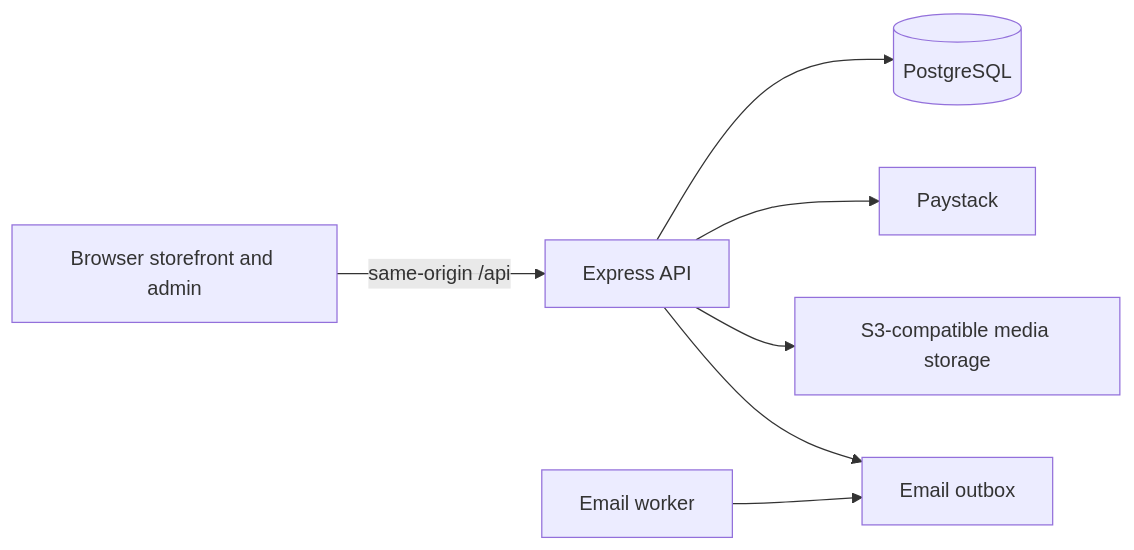
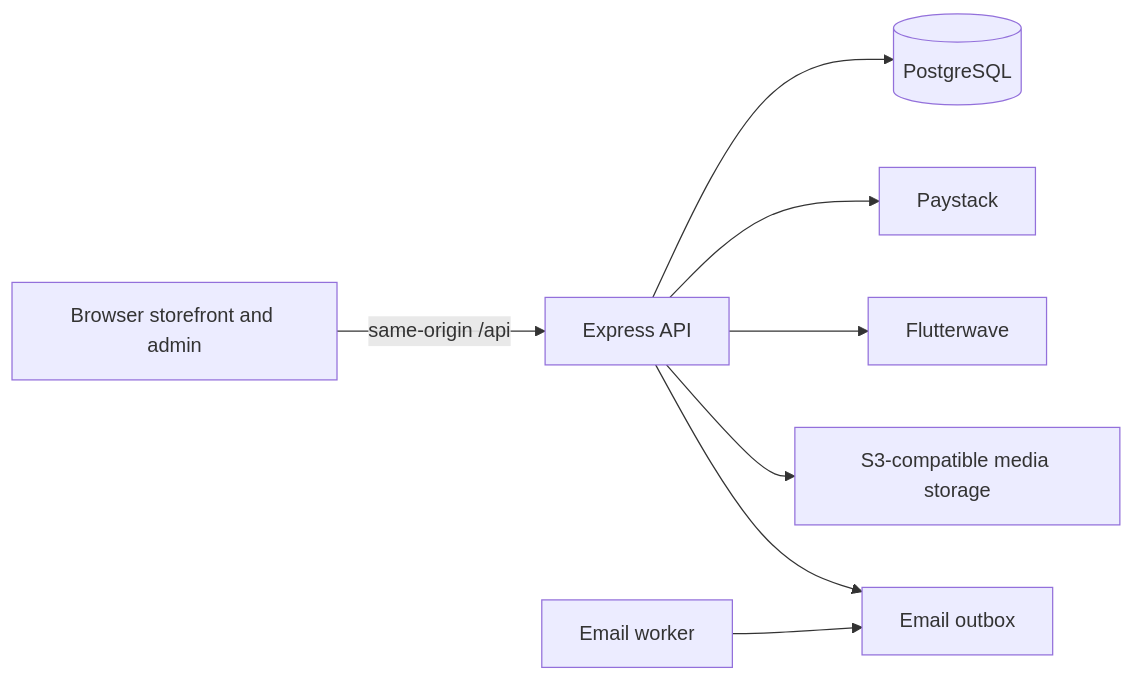
Before and after one commit to benedictamankw18/SlaughterHouse: the diagram in README.md, drawn with Mermaid. The commit also changed other lines of this file and 5 other files, not shown here.

````diff
--- a/README.md
+++ b/README.md
@@ -10,9 +10,10 @@
 ```mermaid
 flowchart LR
   Browser[Browser storefront and admin] -->|same-origin /api| API[Express API]
   API --> DB[(PostgreSQL)]
   API --> Paystack[Paystack]
+  API --> Flutterwave[Flutterwave]
   API --> Storage[S3-compatible media storage]
   API --> Outbox[Email outbox]
   Worker[Email worker] --> Outbox
 ```
````
